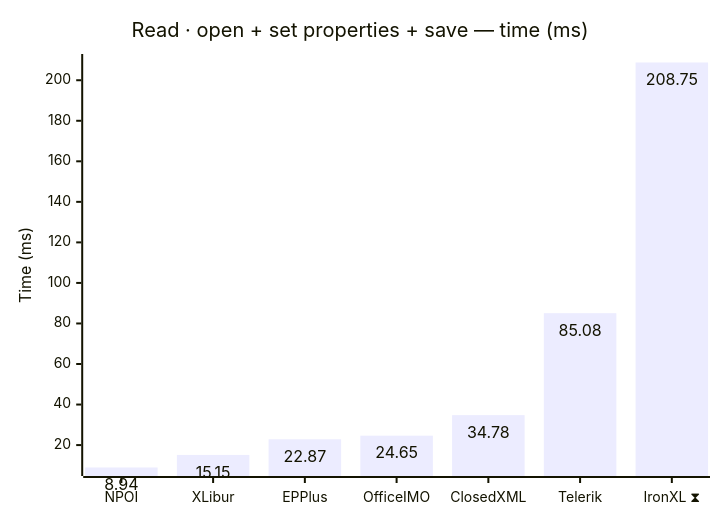
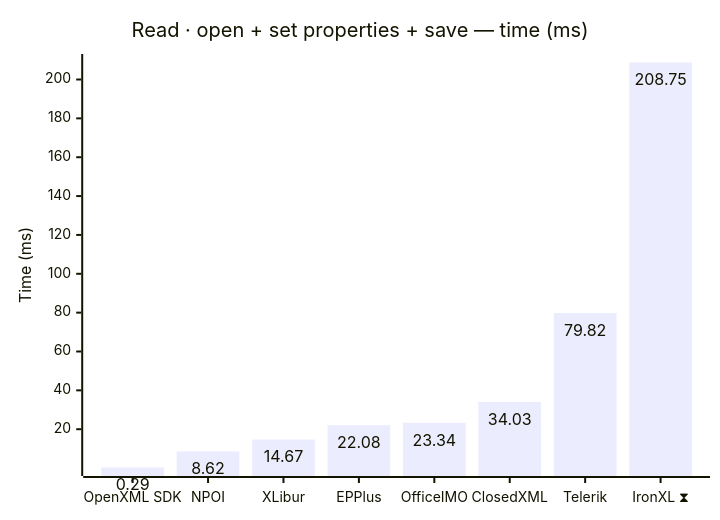
One commit to jafin/XLBench changed the first of 12 diagrams in docs/results.md. Above: the diagram before and after it, drawn with Mermaid. The commit also changed other lines of this file and 5 other files, not shown here.

First line of the commit message:
Add OpenXML SDK to the properties round trip and pin table units (#37)

````diff
--- a/docs/results.md
+++ b/docs/results.md
@@ -42,12 +42,12 @@
 ```mermaid
 ---
 config:
   xyChart:
     showDataLabel: true
 ---
 xychart-beta
     title "Read · open + set properties + save — time (ms)"
-    x-axis ["NPOI", "XLibur", "EPPlus", "OfficeIMO", "ClosedXML", "Telerik", "IronXL ⧗"]
+    x-axis ["OpenXML SDK", "NPOI", "XLibur", "EPPlus", "OfficeIMO", "ClosedXML", "Telerik", "IronXL ⧗"]
     y-axis "Time (ms)"
-    bar [8.94, 15.15, 22.87, 24.65, 34.78, 85.08, 208.75]
+    bar [0.29, 8.62, 14.67, 22.08, 23.34, 34.03, 79.82, 208.75]
 ```
````
